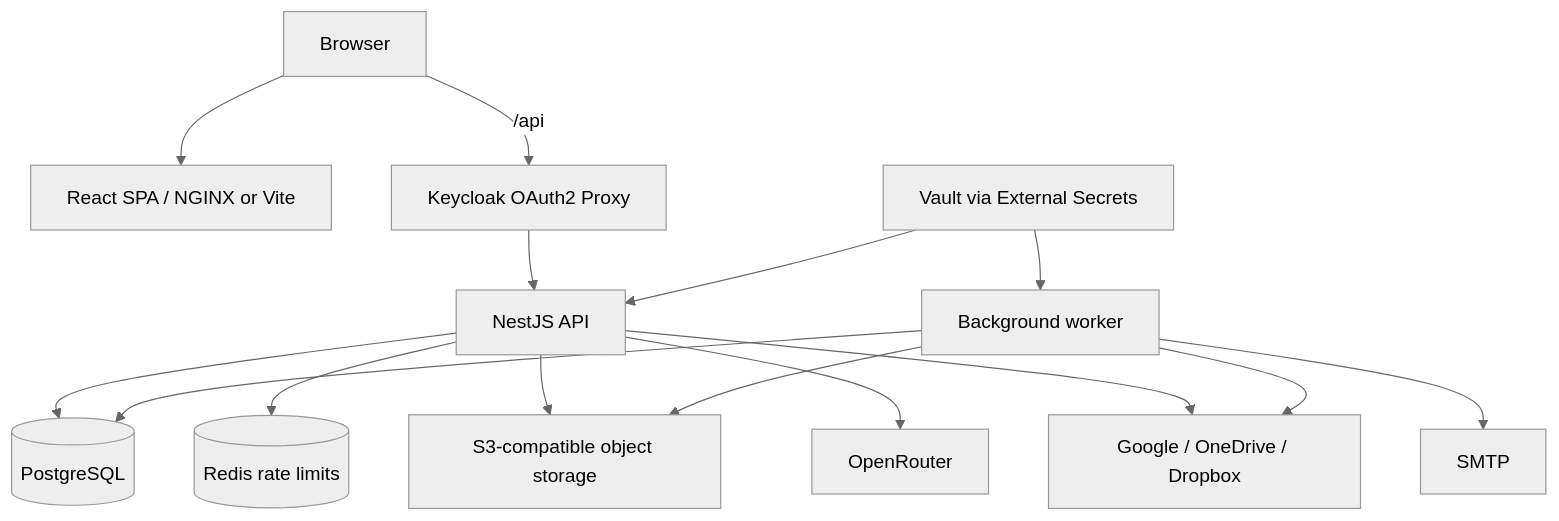
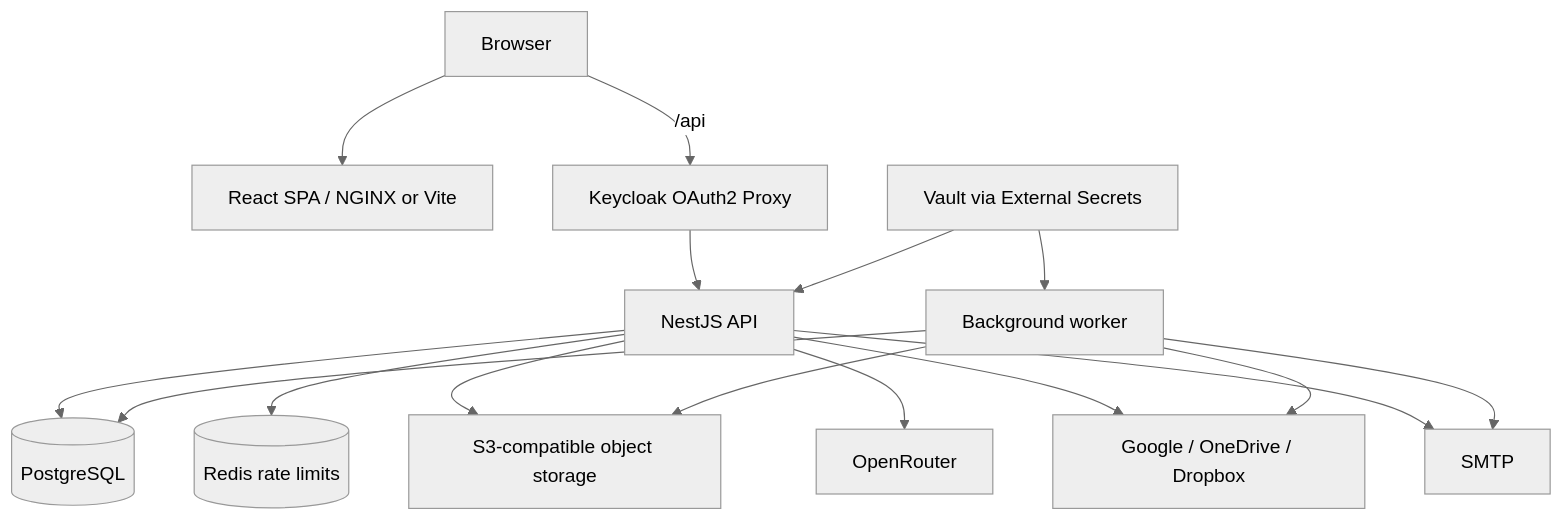
Before and after one commit to chefzaid/thoughty: the first of 2 diagrams in docs/architecture.md, drawn with Mermaid (neutral theme). The commit also changed other lines of this file and 12 other files, not shown here.

````diff
--- a/docs/architecture.md
+++ b/docs/architecture.md
@@ -9,20 +15,21 @@
 ```mermaid
 flowchart TD
     Browser[Browser] --> Web[React SPA / NGINX or Vite]
     Browser -->|/api| Auth[Keycloak OAuth2 Proxy]
     Auth --> API[NestJS API]
 
     API --> Pg[(PostgreSQL)]
     API --> Redis[(Redis rate limits)]
     API --> S3[S3-compatible object storage]
     API --> OpenRouter[OpenRouter]
     API --> OAuth[Google / OneDrive / Dropbox]
+    API --> SMTP[SMTP]
 
     Worker[Background worker] --> Pg
     Worker --> OAuth
-    Worker --> SMTP[SMTP]
+    Worker --> SMTP
     Worker --> S3
 
     Vault[Vault via External Secrets] --> API
     Vault --> Worker
 ```
````
